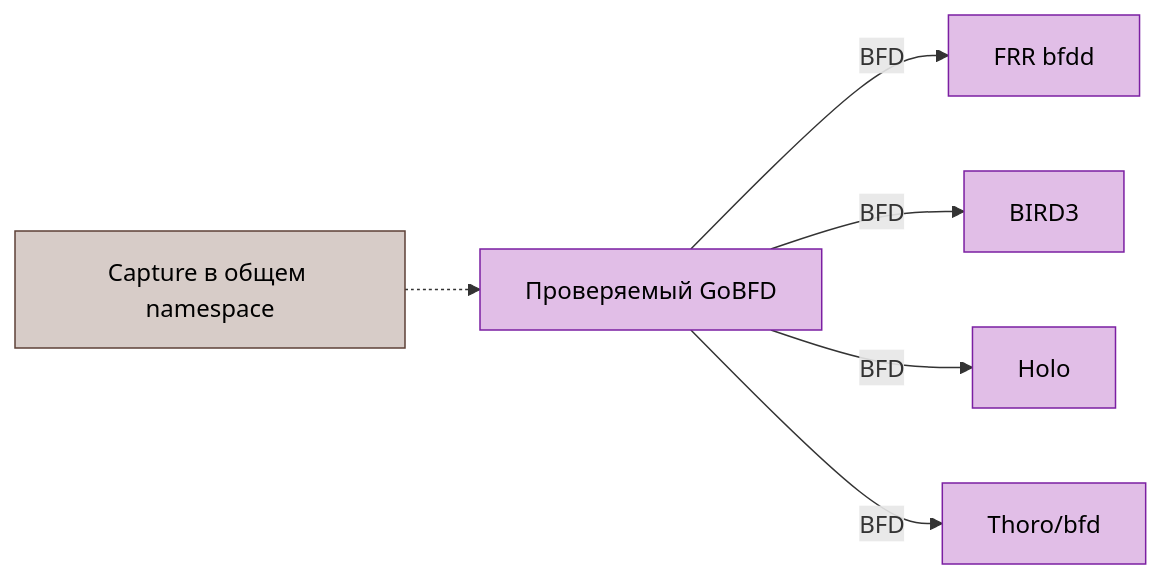
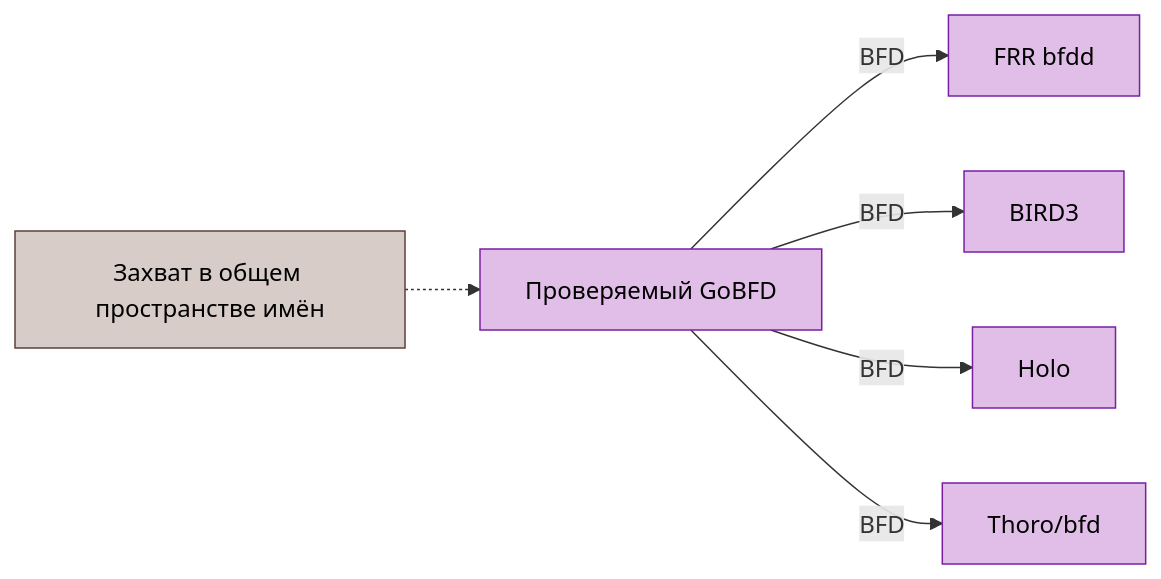
One commit to dantte-lp/gobfd changed the diagram in docs/ru/05-interop.md. Above: the diagram before and after it, drawn with Mermaid. The commit also changed other lines of this file and 52 other files, not shown here.

````diff
--- a/docs/ru/05-interop.md
+++ b/docs/ru/05-interop.md
@@ -39,10 +39,10 @@
 ```mermaid
 flowchart LR
     gobfd["Проверяемый GoBFD"]:::srv -->|"BFD"| frr["FRR bfdd"]:::srv
     gobfd -->|"BFD"| bird["BIRD3"]:::srv
     gobfd -->|"BFD"| holo["Holo"]:::srv
     gobfd -->|"BFD"| thoro["Thoro/bfd"]:::srv
-    capture["Capture в общем namespace"]:::mgt -.-> gobfd
+    capture["Захват в общем пространстве имён"]:::mgt -.-> gobfd
     classDef srv fill:#e1bee7,stroke:#7b1fa2,color:#000
     classDef mgt fill:#d7ccc8,stroke:#5d4037,color:#000
 ```
````
